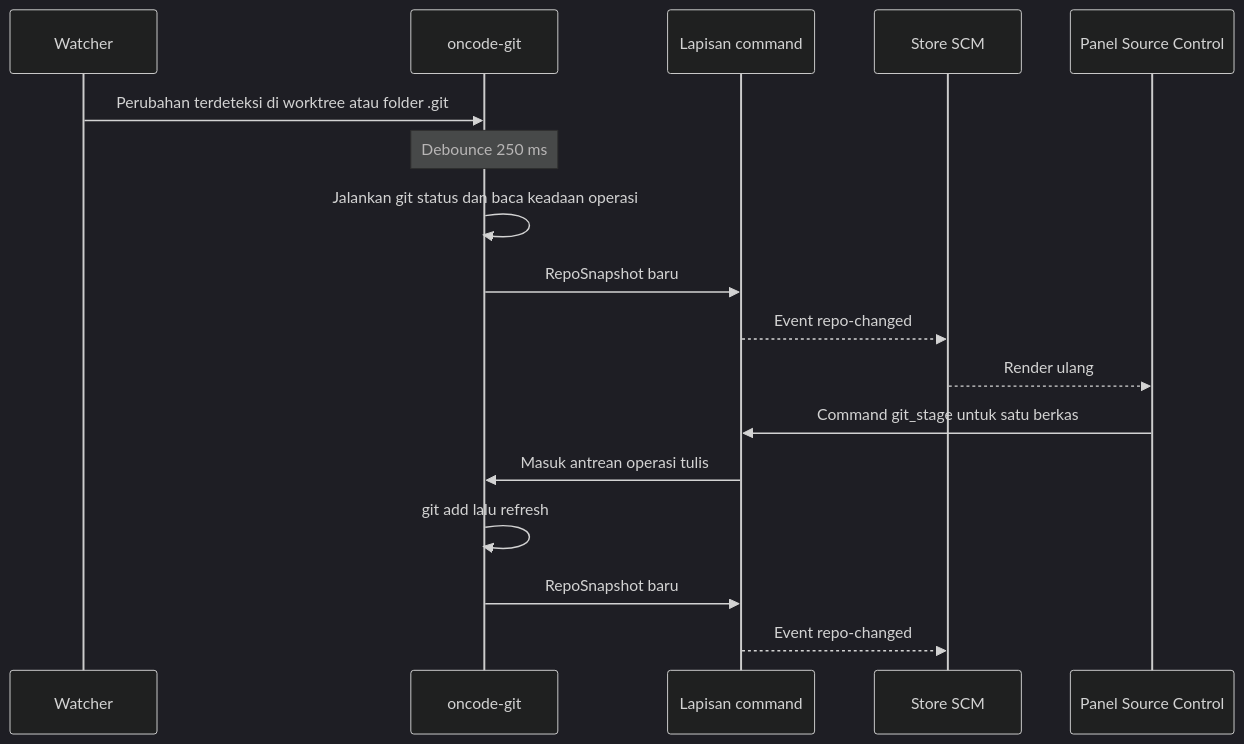
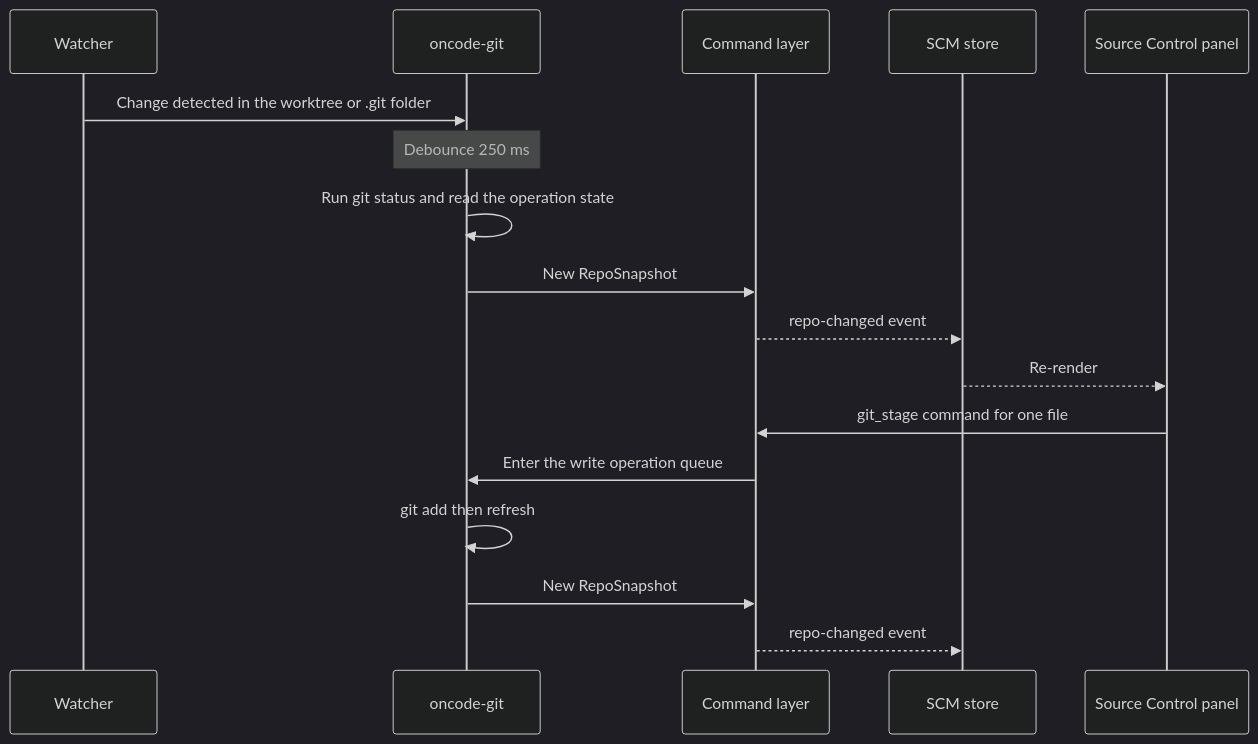
One commit to OkkyRoyDirgantara/oncode changed the second of 6 diagrams in docs/archive/DESIGN-v0.2-tauri.md. Above: the diagram before and after it, drawn with Mermaid (dark theme). The commit also changed other lines of this file and 240 other files, not shown here.

````diff
--- a/docs/archive/DESIGN-v0.2-tauri.md
+++ b/docs/archive/DESIGN-v0.2-tauri.md
@@ -374,20 +374,20 @@
 ```mermaid
 sequenceDiagram
     participant W as Watcher
     participant G as oncode-git
-    participant C as Lapisan command
-    participant S as Store SCM
-    participant V as Panel Source Control
+    participant C as Command layer
+    participant S as SCM store
+    participant V as Source Control panel
 
-    W->>G: Perubahan terdeteksi di worktree atau folder .git
+    W->>G: Change detected in the worktree or .git folder
     Note over G: Debounce 250 ms
-    G->>G: Jalankan git status dan baca keadaan operasi
-    G->>C: RepoSnapshot baru
-    C-->>S: Event repo-changed
-    S-->>V: Render ulang
-    V->>C: Command git_stage untuk satu berkas
-    C->>G: Masuk antrean operasi tulis
-    G->>G: git add lalu refresh
-    G->>C: RepoSnapshot baru
-    C-->>S: Event repo-changed
+    G->>G: Run git status and read the operation state
+    G->>C: New RepoSnapshot
+    C-->>S: repo-changed event
+    S-->>V: Re-render
+    V->>C: git_stage command for one file
+    C->>G: Enter the write operation queue
+    G->>G: git add then refresh
+    G->>C: New RepoSnapshot
+    C-->>S: repo-changed event
 ```
````
